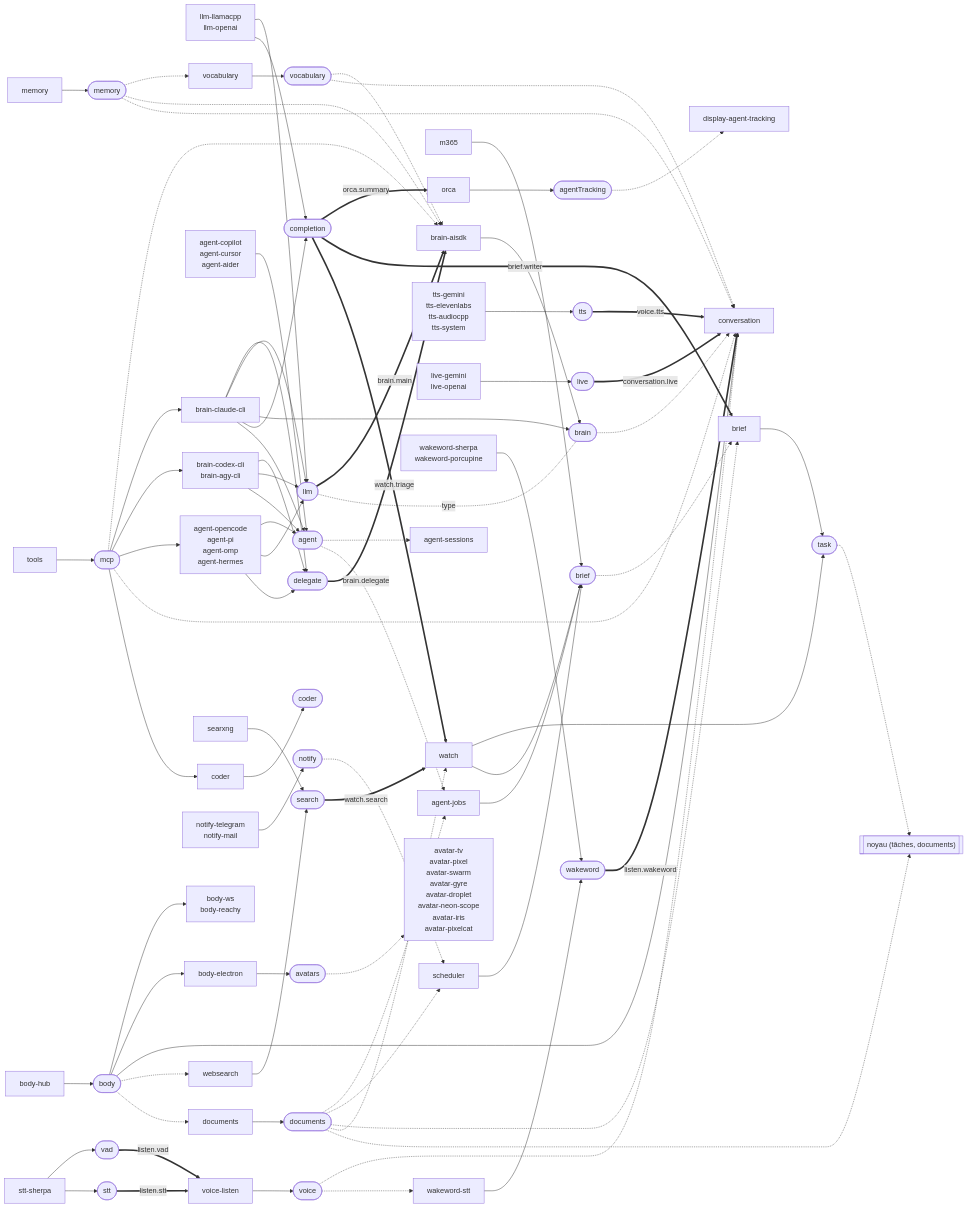
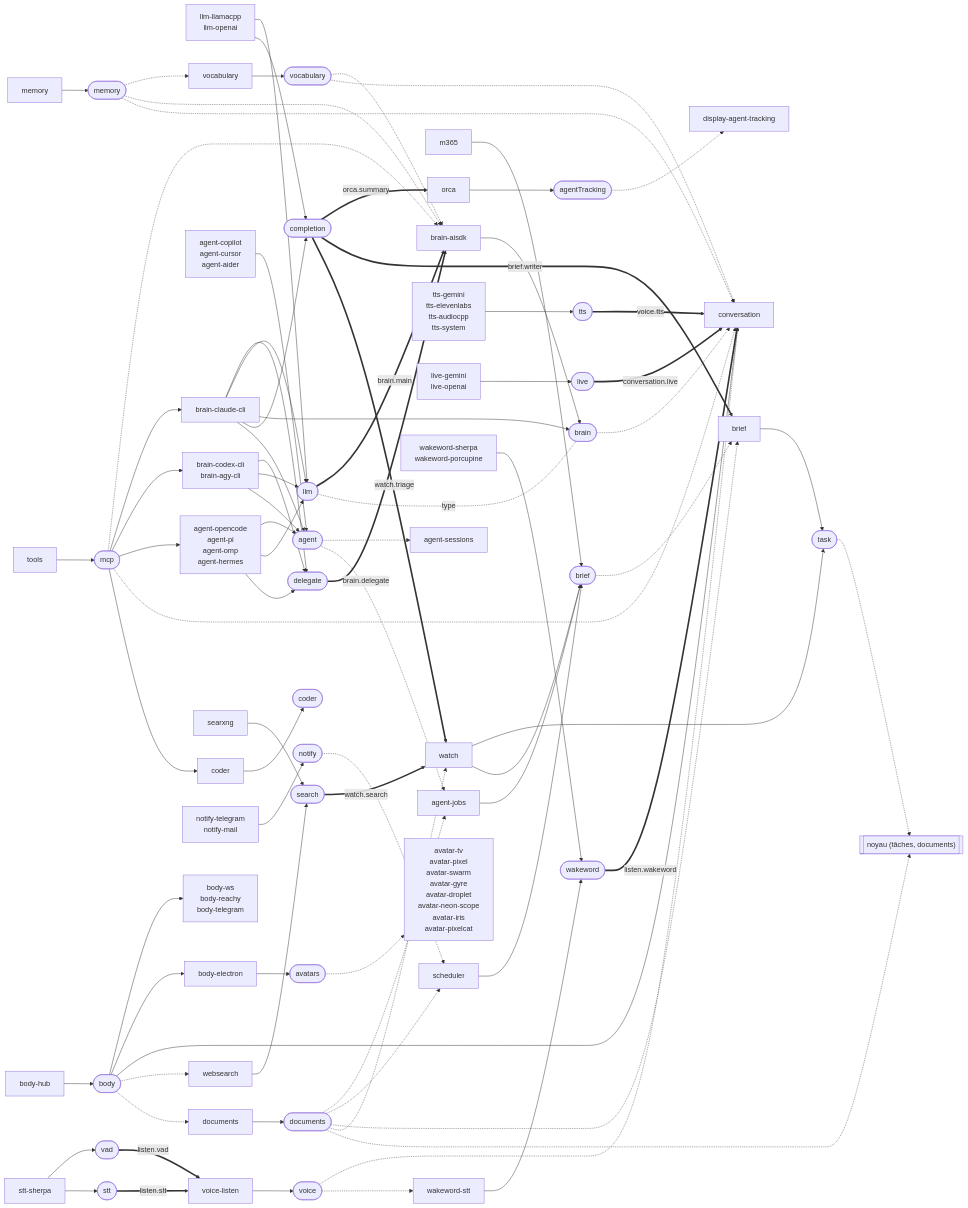
Before and after one commit to gleborgne/floppy: the second of 6 diagrams in docs/spec/noyau.md, drawn with Mermaid. The commit also changed other lines of this file and 17 other files, not shown here.

```diff
--- a/docs/spec/noyau.md
+++ b/docs/spec/noyau.md
@@ -123,7 +123,7 @@
   p_agent_copilot --> s_agent
   p_body_hub["body-hub"]
   p_body_hub --> s_body
-  p_body_ws["body-ws<br/>body-reachy"]
+  p_body_ws["body-ws<br/>body-reachy<br/>body-telegram"]
   s_body --> p_body_ws
   p_body_electron["body-electron"]
   p_body_electron --> s_avatars
```
